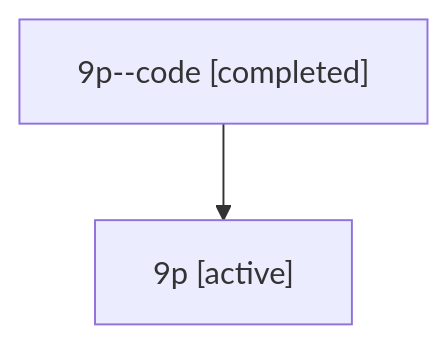
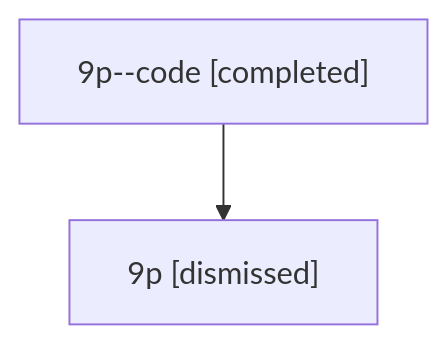
The diagram in sessions/bbugyi200.athena.9p.md (sase-org/sase--agents), drawn with Mermaid before and after one commit. The commit also changed other lines of this file and 28 other files, not shown here.

````diff
--- a/sessions/bbugyi200.athena.9p.md
+++ b/sessions/bbugyi200.athena.9p.md
@@ -9,6 +9,6 @@
 ```mermaid
 flowchart TD
   n0["9p--code [completed]"]
-  n1["9p [active]"]
+  n1["9p [dismissed]"]
   n0 --> n1
 ```
````
